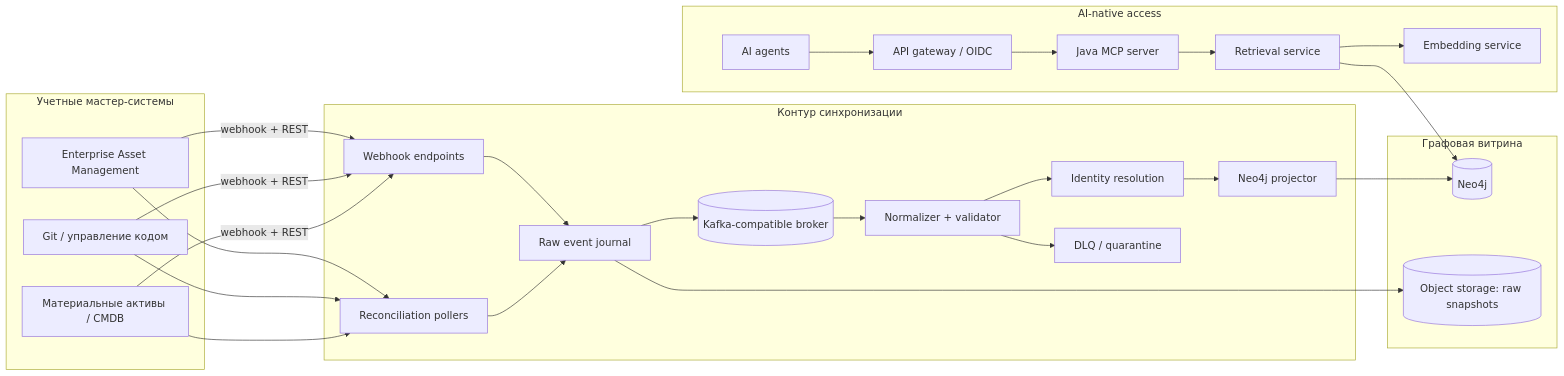
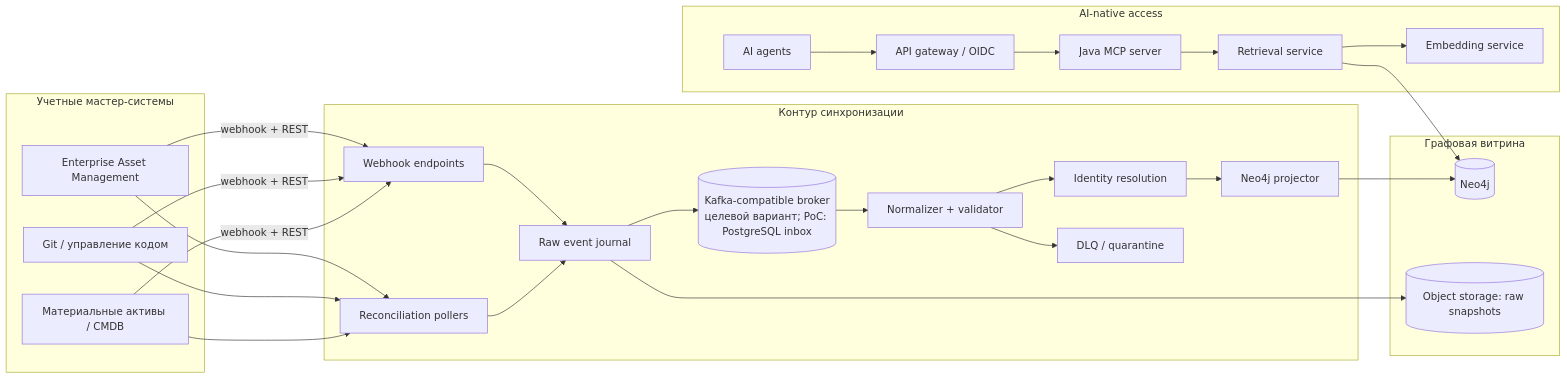
The first of 5 diagrams in docs/00-vision.md (Unlocker/architecture-rag), drawn with Mermaid before and after one commit. The commit also changed other lines of this file, not shown here.

````diff
--- a/docs/00-vision.md
+++ b/docs/00-vision.md
@@ -18,51 +35,51 @@
 ```mermaid
 flowchart LR
     subgraph Masters[Учетные мастер-системы]
         EAM[Enterprise Asset Management]
         SCM[Git / управление кодом]
         MAM[Материальные активы / CMDB]
     end
 
     subgraph Sync[Контур синхронизации]
         WH[Webhook endpoints]
         POLL[Reconciliation pollers]
         RAW[Raw event journal]
-        BUS[(Kafka-compatible broker)]
+        BUS[(Kafka-compatible broker<br/>целевой вариант; PoC: PostgreSQL inbox)]
         NORM[Normalizer + validator]
         IDR[Identity resolution]
         PROJ[Neo4j projector]
         DLQ[DLQ / quarantine]
     end
 
     subgraph Graph[Графовая витрина]
         NEO[(Neo4j)]
         OBJ[(Object storage: raw snapshots)]
     end
 
     subgraph Access[AI-native access]
         MCP[Java MCP server]
         RET[Retrieval service]
         EMB[Embedding service]
         GW[API gateway / OIDC]
         AG[AI agents]
     end
 
     EAM -->|webhook + REST| WH
     SCM -->|webhook + REST| WH
     MAM -->|webhook + REST| WH
     EAM --> POLL
     SCM --> POLL
     MAM --> POLL
     WH --> RAW
     POLL --> RAW
     RAW --> BUS
     BUS --> NORM
     NORM --> IDR
     IDR --> PROJ
     NORM --> DLQ
     PROJ --> NEO
     RAW --> OBJ
     AG --> GW --> MCP
     MCP --> RET --> NEO
     RET --> EMB
 ```
````
